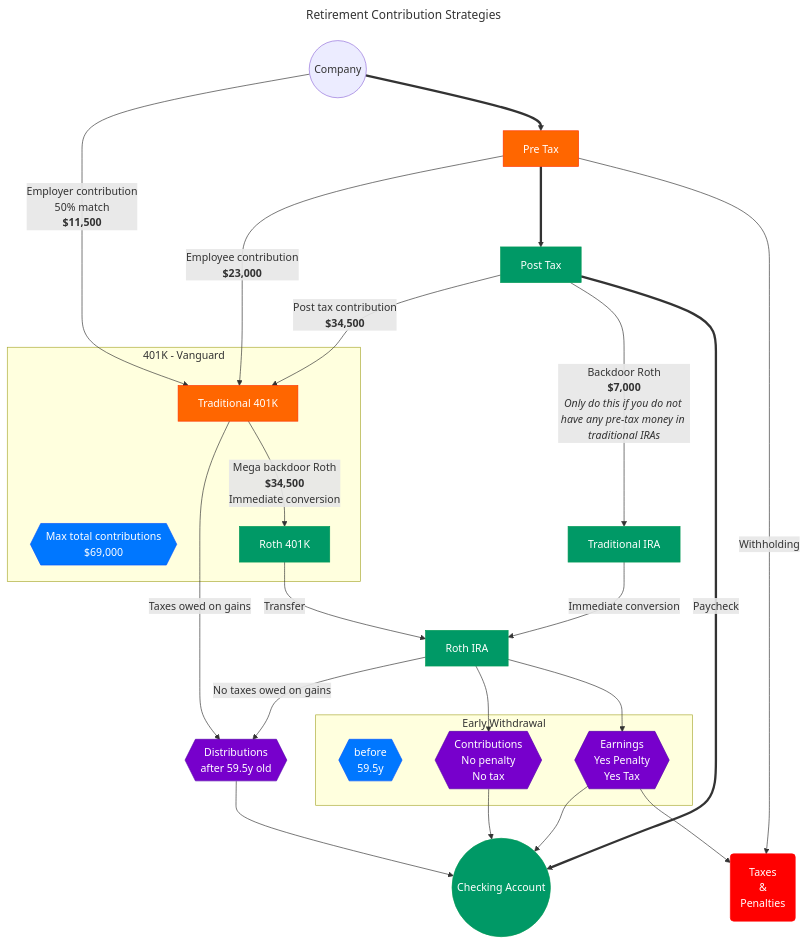
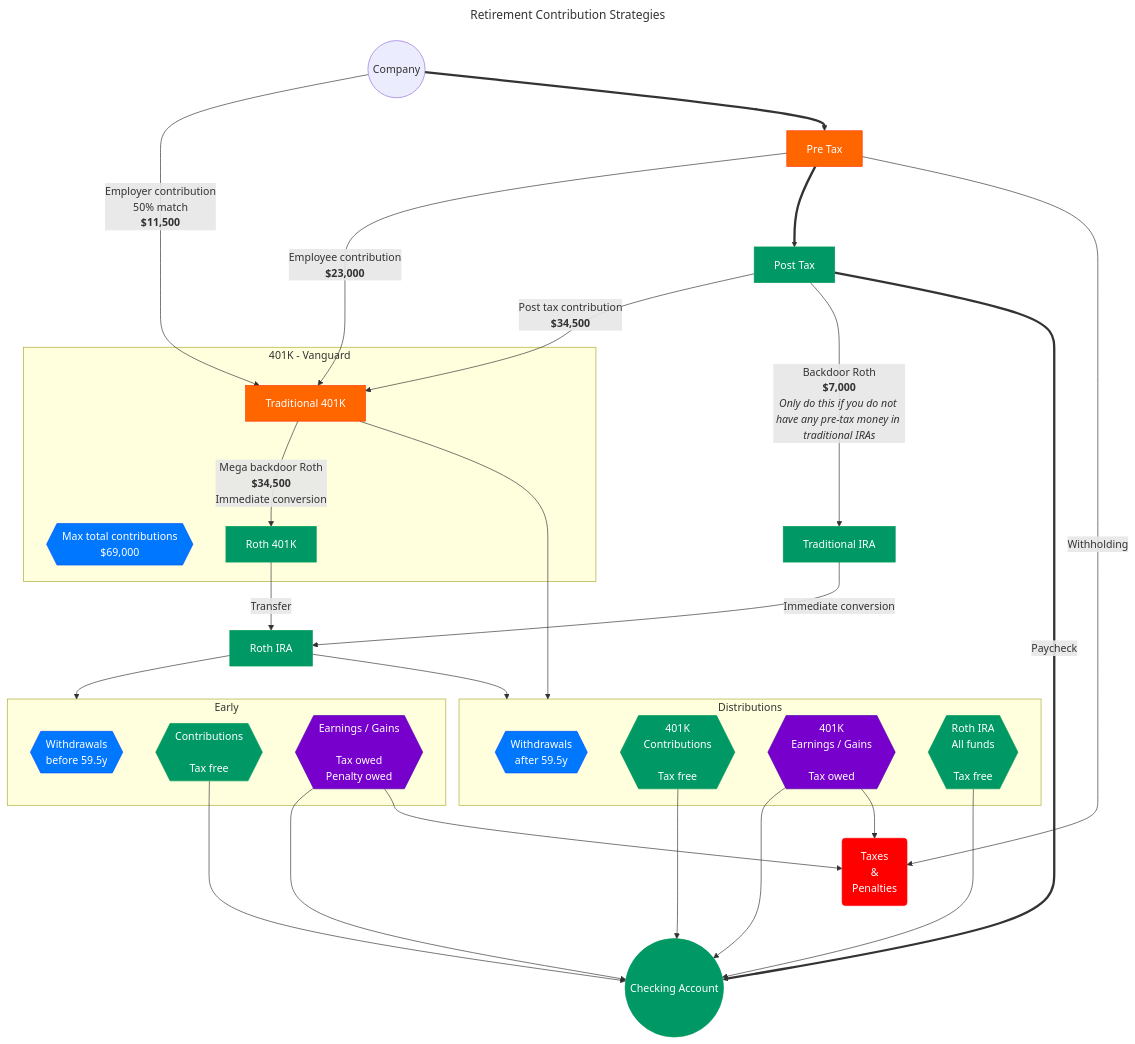
The diagram in retirement.md (kramercat/finance), drawn with Mermaid before and after one commit.

````diff
--- a/retirement.md
+++ b/retirement.md
@@ -40,65 +40,69 @@
 ```mermaid
 ---
 title: Retirement Contribution Strategies
 ---
 flowchart TD
 
 %% Definitions
 Company((Company))
 
 pretax[Pre Tax]:::orange
 posttax[Post Tax]:::green
 checking((Checking Account)):::green
 taxes(Taxes<br/>&<br/>Penalties<br/>):::red
 ira-trad[Traditional IRA]:::green
 ira-roth[Roth IRA]:::green
 
 subgraph 401K - Vanguard
   401k-info{{Max total contributions<br/>$69,000}}:::blue
   401k-trad[Traditional 401K]:::orange
   401k-roth[Roth 401K]:::green
 end
 
 %% Arrows / Flows
 Company --Employer contribution<br/>50% match<br/><b>$11,500</b>--> 401k-trad
 Company ==> pretax
 pretax --Employee contribution<br/><b>$23,000</b>--> 401k-trad
 pretax ==> posttax
 
 posttax --Post tax contribution<br/><b>$34,500</b><br/>--> 401k-trad
 401k-trad --Mega backdoor Roth<br/><b>$34,500</b><br/>Immediate conversion-->401k-roth
 
 401k-roth --Transfer--> ira-roth
 posttax --Backdoor Roth<br/><b>$7,000</b><br/><i>Only do this if you do not have any pre-tax money in traditional IRAs</i>--> ira-trad 
 ira-trad --Immediate conversion--> ira-roth
 
-401k-trad --Taxes owed on gains--> dist-retirement
-ira-roth --No taxes owed on gains--> dist-retirement
-
-dist-retirement{{Distributions<br/>after 59.5y old}}:::purple
-dist-retirement --> checking
-
-subgraph Early Withdrawal
-   age{{before<br/>59.5y}}:::blue
-   withdraw-early-contributions{{Contributions<br/>No penalty<br/>No tax}}:::purple
-   withdraw-early-earnings{{Earnings<br/>Yes Penalty<br/>Yes Tax}}:::purple
+subgraph Early
+   age-early{{Withdrawals<br/>before 59.5y}}:::blue
+   withdraw-early-contributions{{Contributions<br/><br/>Tax free}}:::green
+   withdraw-early-earnings{{Earnings / Gains<br/><br/>Tax owed<br/>Penalty owed}}:::purple
 end
 
-ira-roth --> withdraw-early-contributions
-withdraw-early-contributions --> checking
+subgraph Distributions
+   age-retired{{Withdrawals<br/>after 59.5y}}:::blue
+   withdraw-401k-contributions{{401K<br/>Contributions<br/><br/>Tax free}}:::green
+   withdraw-401k-earnings{{401K<br/>Earnings / Gains<br/><br/>Tax owed}}:::purple
+   withdraw-roth{{Roth IRA<br/>All funds<br/><br/>Tax free}}:::green
+end
 
-ira-roth --> withdraw-early-earnings
-withdraw-early-earnings --> taxes
-withdraw-early-earnings --> checking
+ira-roth --> Early
+withdraw-early-contributions ---> checking
+withdraw-early-earnings --> checking & taxes
+
+401k-trad --> Distributions
+withdraw-401k-contributions & withdraw-401k-earnings --> checking
+withdraw-401k-earnings --> taxes
+ira-roth --> Distributions
+withdraw-roth --> checking
 
 posttax ==Paycheck==> checking
 pretax --Withholding--> taxes
 
 %% Styling
 
 classDef purple fill:#7700cc,stroke:#5500aa,color:#ffffff
 classDef red fill:#ff0000,stroke:#ff0000,color:#ffffff
 classDef orange fill:#ff6600,stroke:#ff3300,color:#ffffff
 classDef green fill:#009966,stroke:#009955,color:#ffffff
 classDef blue fill:#0077ff,stroke:#0055ff,color:#ffffff
 ```
````
